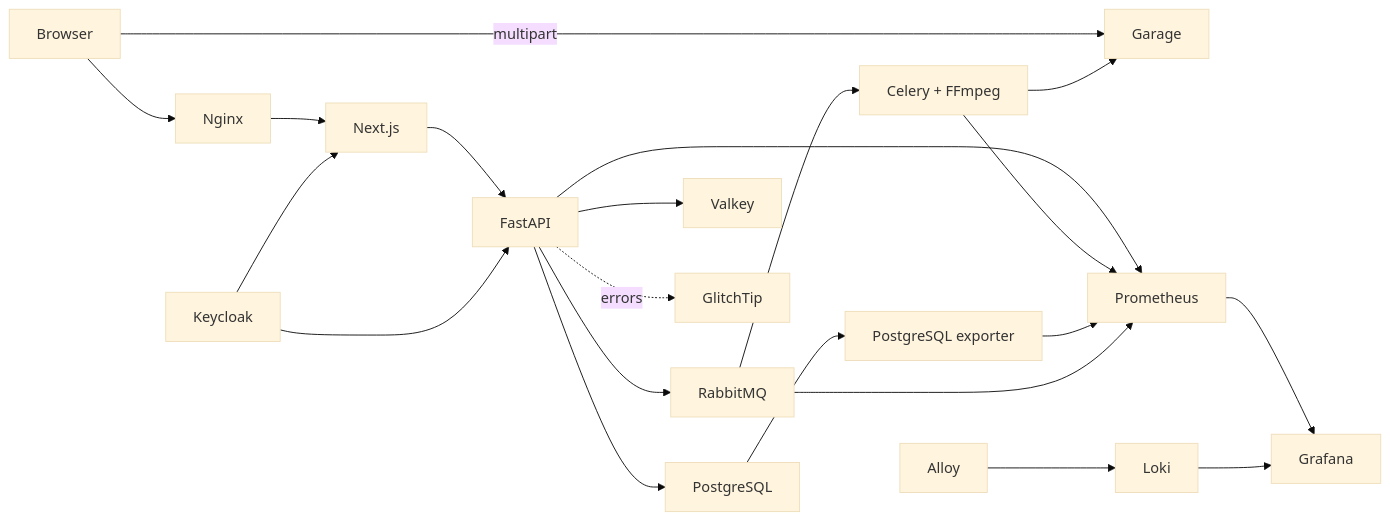
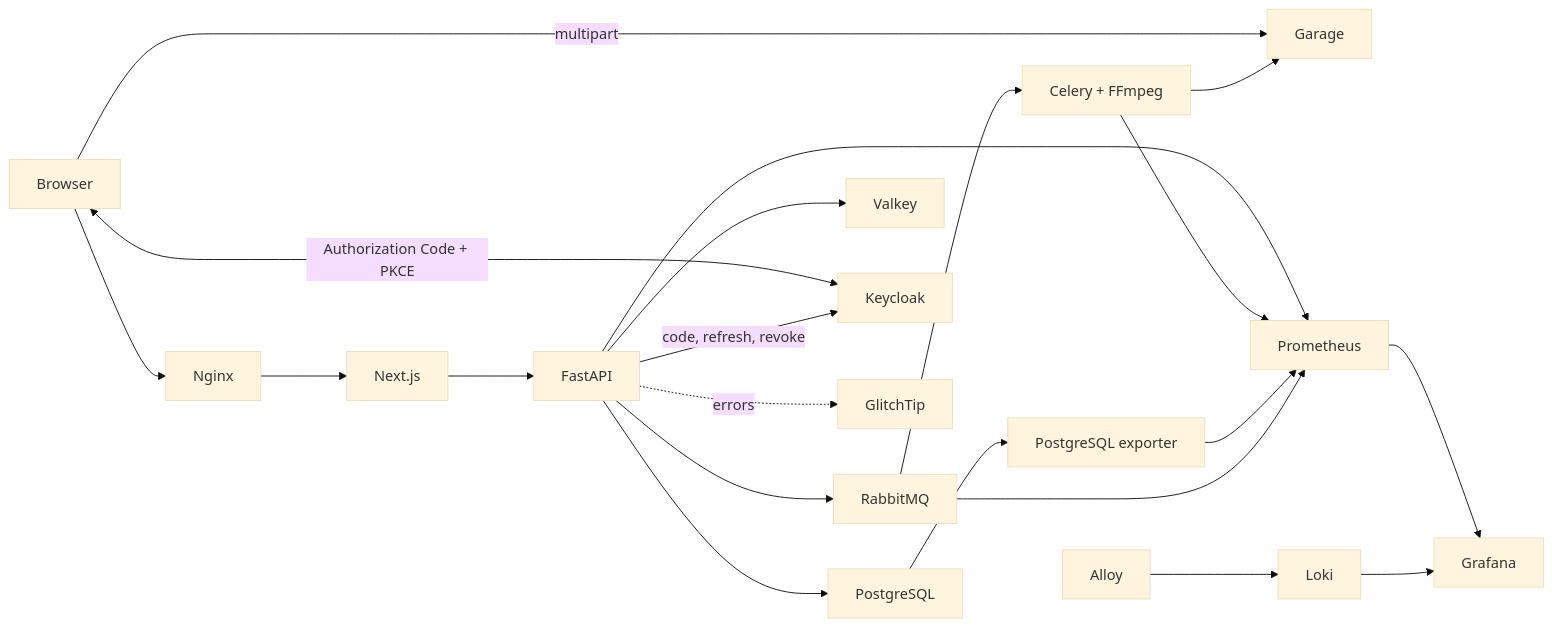
One commit to khanhnkq/feed.io changed the first of 2 diagrams in docs/architecture/system-overview.md. Above: the diagram before and after it, drawn with Mermaid (base theme). The commit also changed other lines of this file and 57 other files, not shown here.

````diff
--- a/docs/architecture/system-overview.md
+++ b/docs/architecture/system-overview.md
@@ -3,23 +3,23 @@
 ```mermaid
 flowchart LR
     Browser --> Nginx
     Nginx --> Web[Next.js]
     Web --> API[FastAPI]
     Browser -->|multipart| Garage
     API --> PostgreSQL
     API --> RabbitMQ
     API --> Valkey
     RabbitMQ --> Worker[Celery + FFmpeg]
     Worker --> Garage
-    Keycloak --> Web
-    Keycloak --> API
+    Browser <-->|Authorization Code + PKCE| Keycloak
+    API -->|code, refresh, revoke| Keycloak
     API --> Prometheus
     Worker --> Prometheus
     PostgreSQL --> PostgresExporter[PostgreSQL exporter]
     PostgresExporter --> Prometheus
     RabbitMQ --> Prometheus
     Alloy --> Loki
     Prometheus --> Grafana
     Loki --> Grafana
     API -. errors .-> GlitchTip
 ```
````
